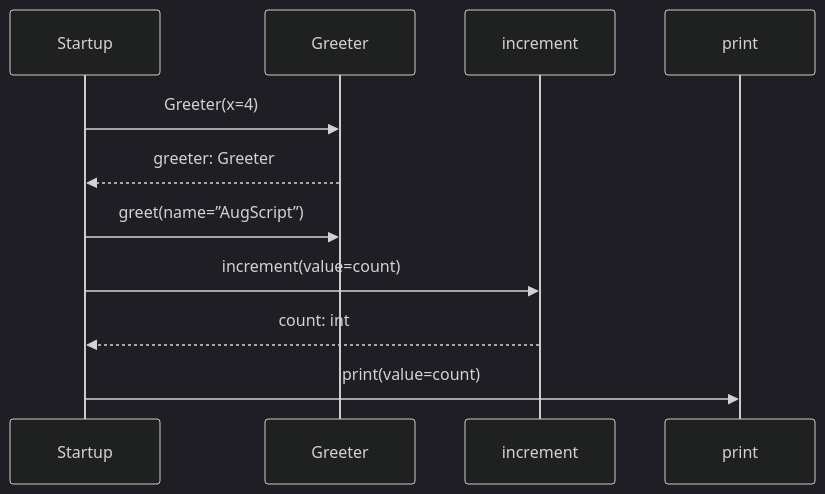
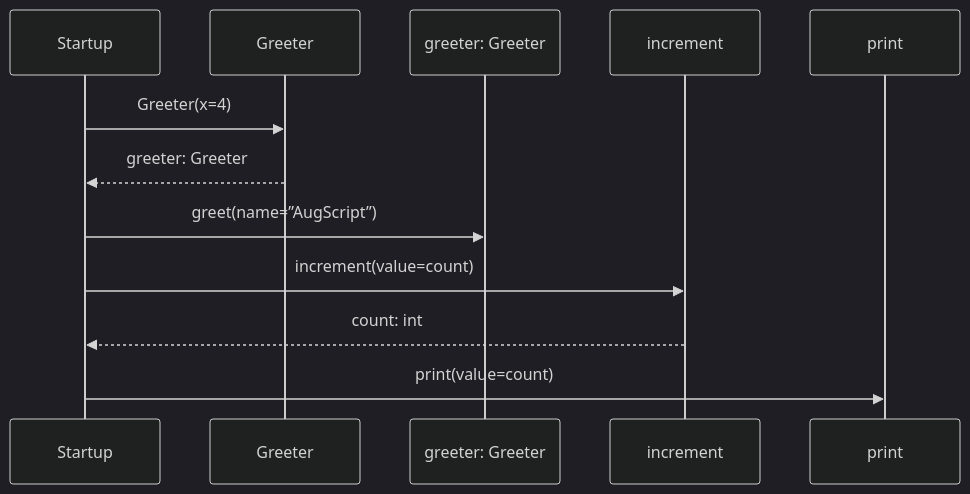
One commit to GreenPandaStudios/augscript changed the third of 3 diagrams in docs/examples/new-syntax/main-diagrams.md. Above: the diagram before and after it, drawn with Mermaid (dark theme). The commit also changed 102 other files, not shown here.

Commit message:
Keep named service receivers distinct in sequence data flow

````diff
--- a/docs/examples/new-syntax/main-diagrams.md
+++ b/docs/examples/new-syntax/main-diagrams.md
@@ -53,13 +53,14 @@
 ```mermaid
 sequenceDiagram
     participant p0 as Startup
     participant p1 as Greeter
-    participant p2 as increment
-    participant p3 as print
+    participant p2 as greeter: Greeter
+    participant p3 as increment
+    participant p4 as print
     p0->>p1: Greeter(x=4)
     p1-->>p0: greeter: Greeter
-    p0->>p1: greet(name=”AugScript”)
-    p0->>p2: increment(value=count)
-    p2-->>p0: count: int
-    p0->>p3: print(value=count)
+    p0->>p2: greet(name=”AugScript”)
+    p0->>p3: increment(value=count)
+    p3-->>p0: count: int
+    p0->>p4: print(value=count)
 ```
````
